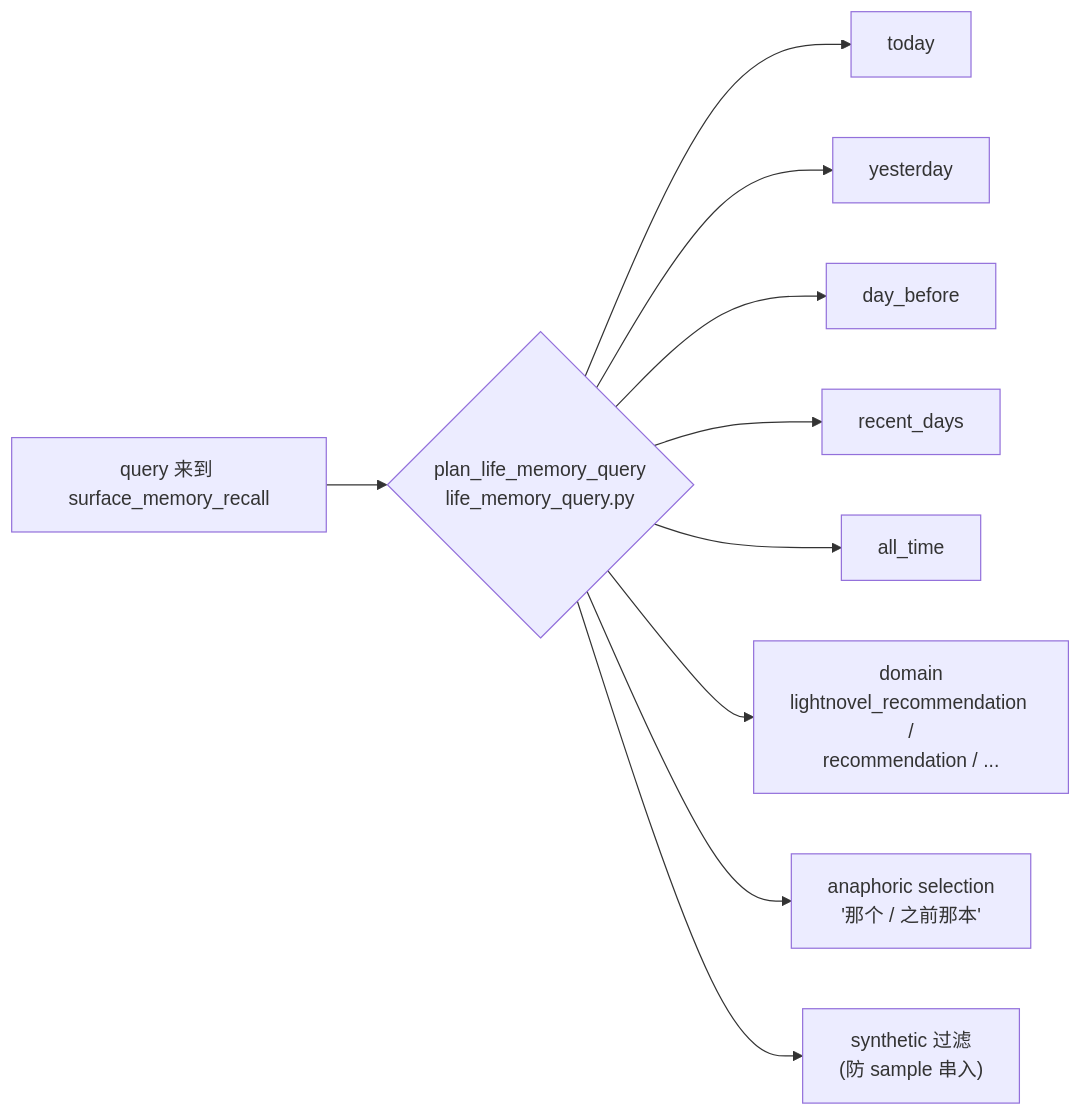
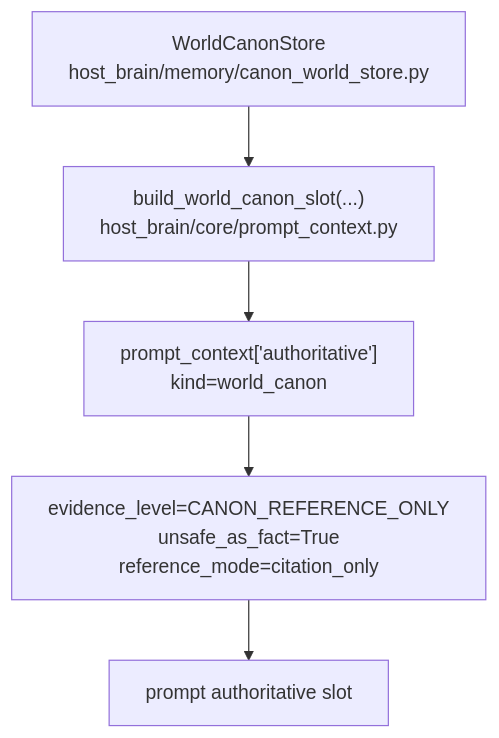
The third of 4 diagrams in docs/50_project/arch/diagrams/03_dataflow_recall.md (SakuraYoruno/Natsume_Ai), drawn with Mermaid before and after one commit. The commit also changed other lines of this file and 20 other files, not shown here.

Commit message:
docs: align project architecture docs with current runtime

````diff
--- a/docs/50_project/arch/diagrams/03_dataflow_recall.md
+++ b/docs/50_project/arch/diagrams/03_dataflow_recall.md
@@ -93,15 +106,10 @@
 ```mermaid
-graph LR
-    Q["query 来到 surface_memory_recall"]
-    Q --> AN{"plan_life_memory_query<br/>life_memory_query.py"}
+flowchart TD
+    STORE["WorldCanonStore<br/>host_brain/memory/canon_world_store.py"]
+    SLOT["build_world_canon_slot(...)<br/>host_brain/core/prompt_context.py"]
+    AUTH["prompt_context['authoritative']<br/>kind=world_canon"]
+    FLAGS["evidence_level=CANON_REFERENCE_ONLY<br/>unsafe_as_fact=True<br/>reference_mode=citation_only"]
+    PROMPT["prompt authoritative slot"]
 
-    AN --> T1["today"]
-    AN --> T2["yesterday"]
-    AN --> T3["day_before"]
-    AN --> T4["recent_days"]
-    AN --> T5["all_time"]
-
-    AN --> D1["domain<br/>lightnovel_recommendation /<br/>recommendation / ..."]
-    AN --> AS["anaphoric selection<br/>'那个 / 之前那本'"]
-    AN --> SY["synthetic 过滤<br/>(防 sample 串入)"]
+    STORE --> SLOT --> AUTH --> FLAGS --> PROMPT
 ```
````
